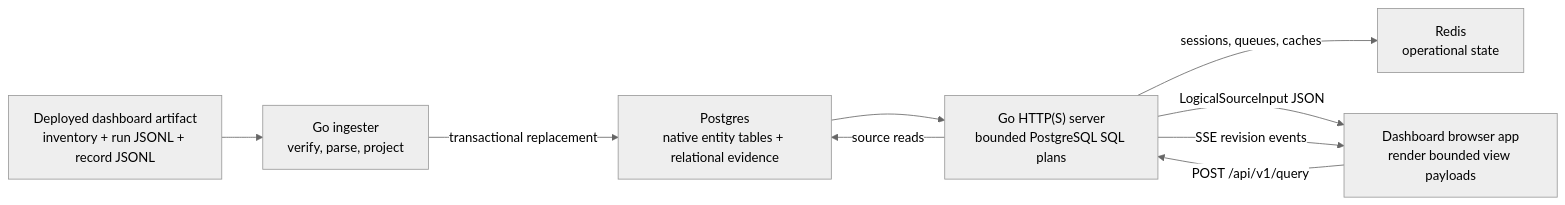
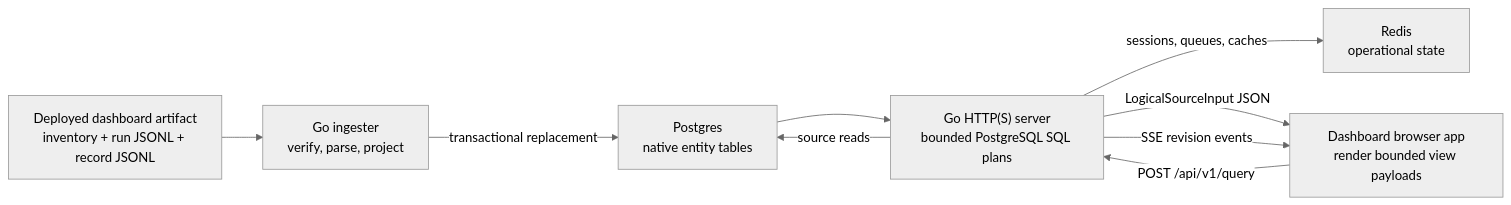
One commit to githubnext/gh-aw-cao changed the first of 2 diagrams in server/README.md. Above: the diagram before and after it, drawn with Mermaid (neutral theme). The commit also changed other lines of this file and 17 other files, not shown here.

````diff
--- a/server/README.md
+++ b/server/README.md
@@ -200,18 +200,18 @@
 ```mermaid
 flowchart LR
   Artifact["Deployed dashboard artifact<br/>inventory + run JSONL + record JSONL"]
   Ingest["Go ingester<br/>verify, parse, project"]
-  Postgres["Postgres<br/>native entity tables + relational evidence"]
+  Postgres["Postgres<br/>native entity tables"]
   Redis["Redis<br/>operational state"]
   API["Go HTTP(S) server<br/>bounded PostgreSQL SQL plans"]
   Browser["Dashboard browser app<br/>render bounded view payloads"]
 
   Artifact --> Ingest
   Ingest -->|"transactional replacement"| Postgres
   Postgres --> API
   Browser -->|"POST /api/v1/query"| API
   API -->|"source reads"| Postgres
   API -->|"sessions, queues, caches"| Redis
   API -->|"LogicalSourceInput JSON"| Browser
   API -->|"SSE revision events"| Browser
 ```
````
